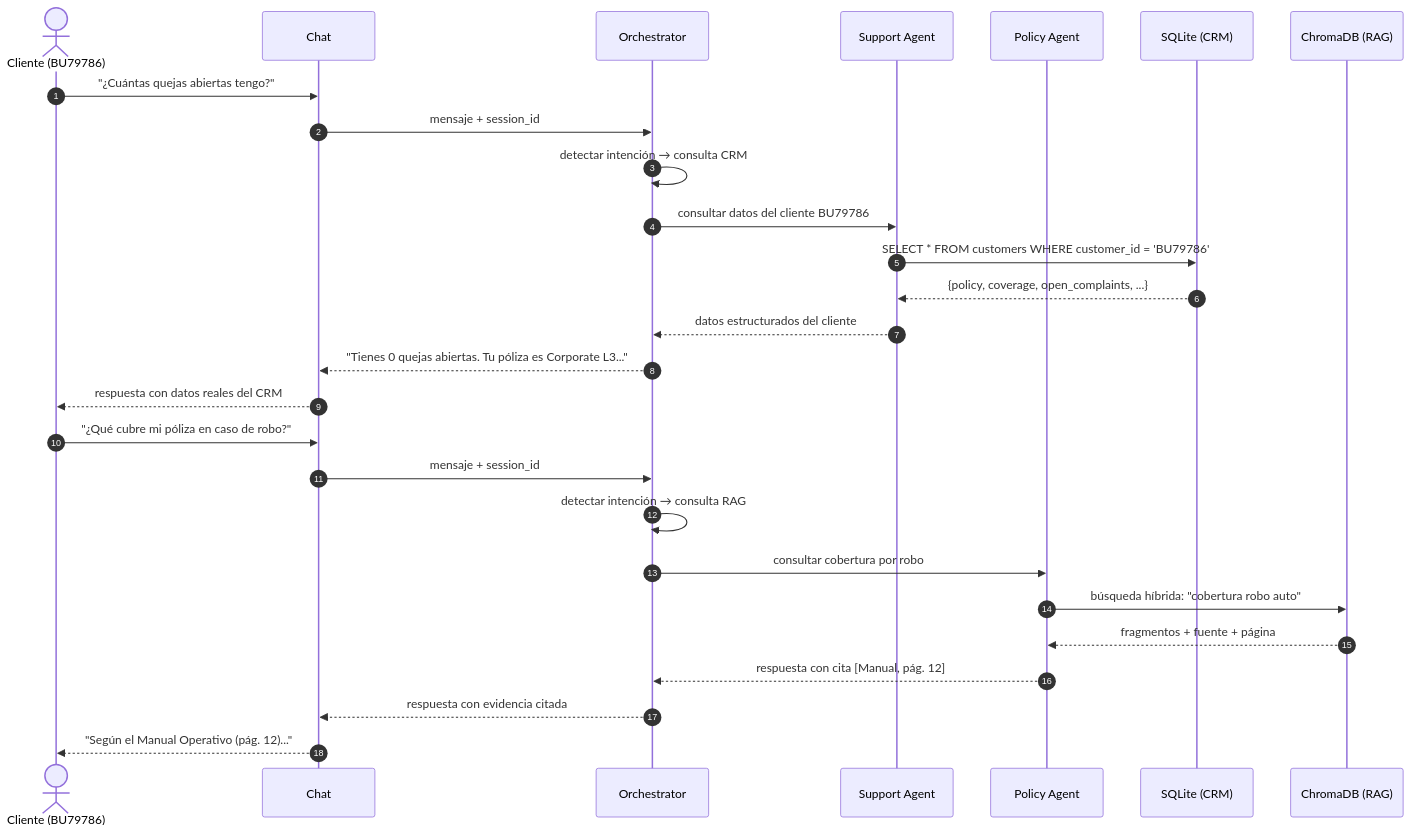
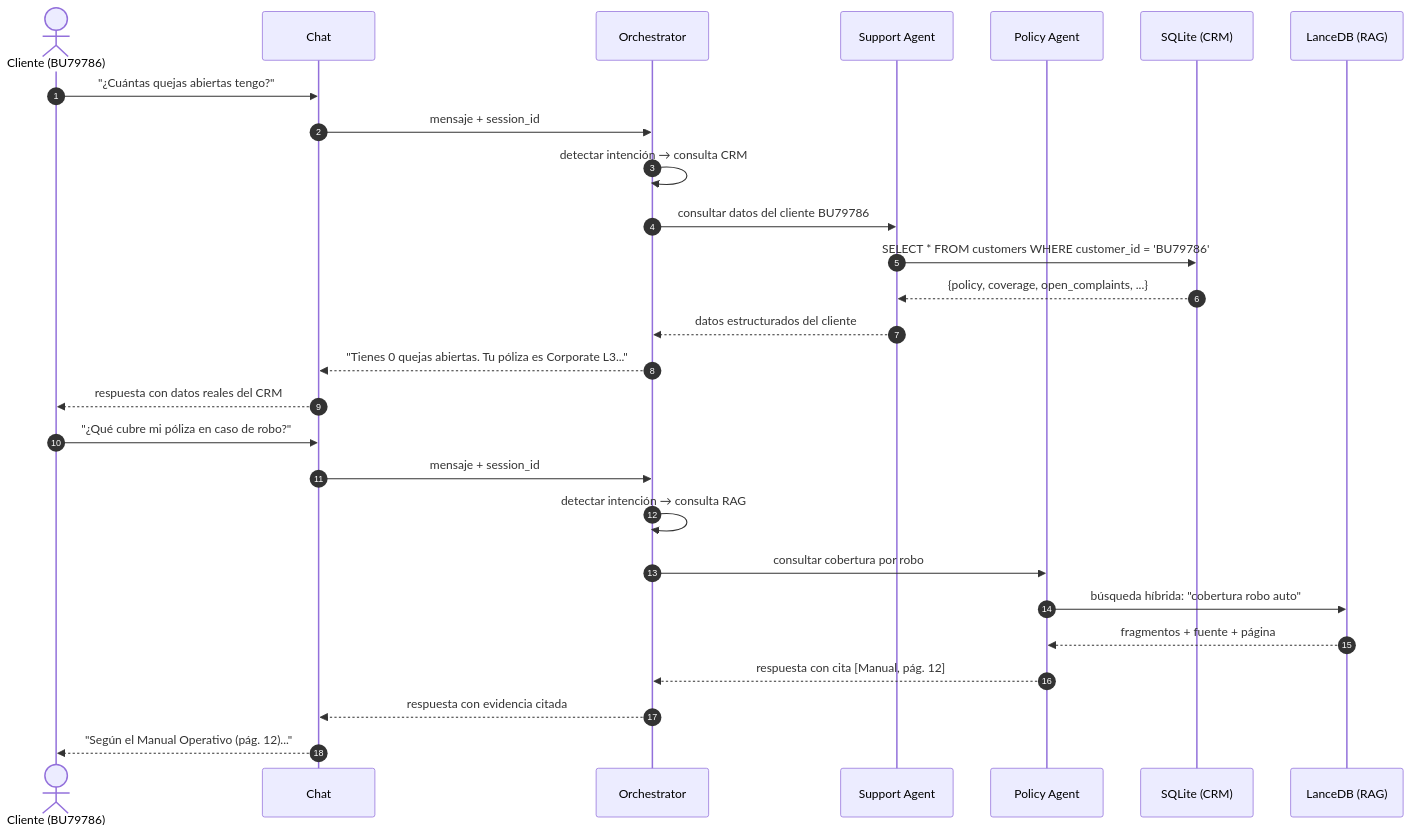
One commit to Ael-Dev/AI-ASSISTANT-INSURANCE changed the third of 3 diagrams in AI-ASSISTANT-INSURANCE-Agentic-RAG-Architecture.md. Above: the diagram before and after it, drawn with Mermaid. The commit also changed other lines of this file and 4 other files, not shown here.

Commit message:
docs: reemplazar ChromaDB por LanceDB en la documentación

````diff
--- a/AI-ASSISTANT-INSURANCE-Agentic-RAG-Architecture.md
+++ b/AI-ASSISTANT-INSURANCE-Agentic-RAG-Architecture.md
@@ -189,31 +189,31 @@
 ```mermaid
 sequenceDiagram
     autonumber
     actor User as Cliente (BU79786)
     participant UI as Chat
     participant O as Orchestrator
     participant S as Support Agent
     participant P as Policy Agent
     participant DB as SQLite (CRM)
-    participant V as ChromaDB (RAG)
+    participant V as LanceDB (RAG)
 
     User->>UI: "¿Cuántas quejas abiertas tengo?"
     UI->>O: mensaje + session_id
     O->>O: detectar intención → consulta CRM
     O->>S: consultar datos del cliente BU79786
     S->>DB: SELECT * FROM customers WHERE customer_id = 'BU79786'
     DB-->>S: {policy, coverage, open_complaints, ...}
     S-->>O: datos estructurados del cliente
     O-->>UI: "Tienes 0 quejas abiertas. Tu póliza es Corporate L3..."
     UI-->>User: respuesta con datos reales del CRM
 
     User->>UI: "¿Qué cubre mi póliza en caso de robo?"
     UI->>O: mensaje + session_id
     O->>O: detectar intención → consulta RAG
     O->>P: consultar cobertura por robo
     P->>V: búsqueda híbrida: "cobertura robo auto"
     V-->>P: fragmentos + fuente + página
     P-->>O: respuesta con cita [Manual, pág. 12]
     O-->>UI: respuesta con evidencia citada
     UI-->>User: "Según el Manual Operativo (pág. 12)..."
 ```
````
